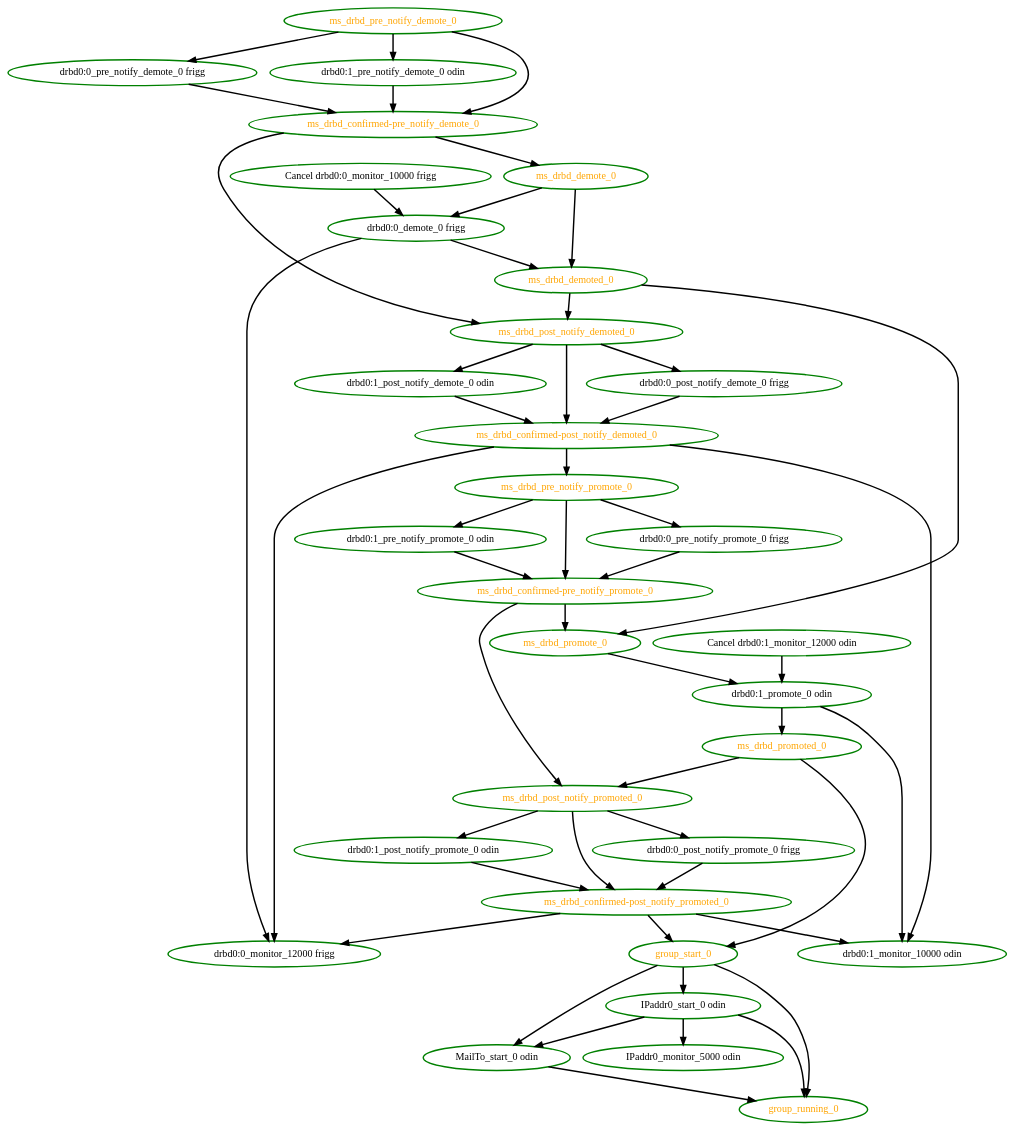
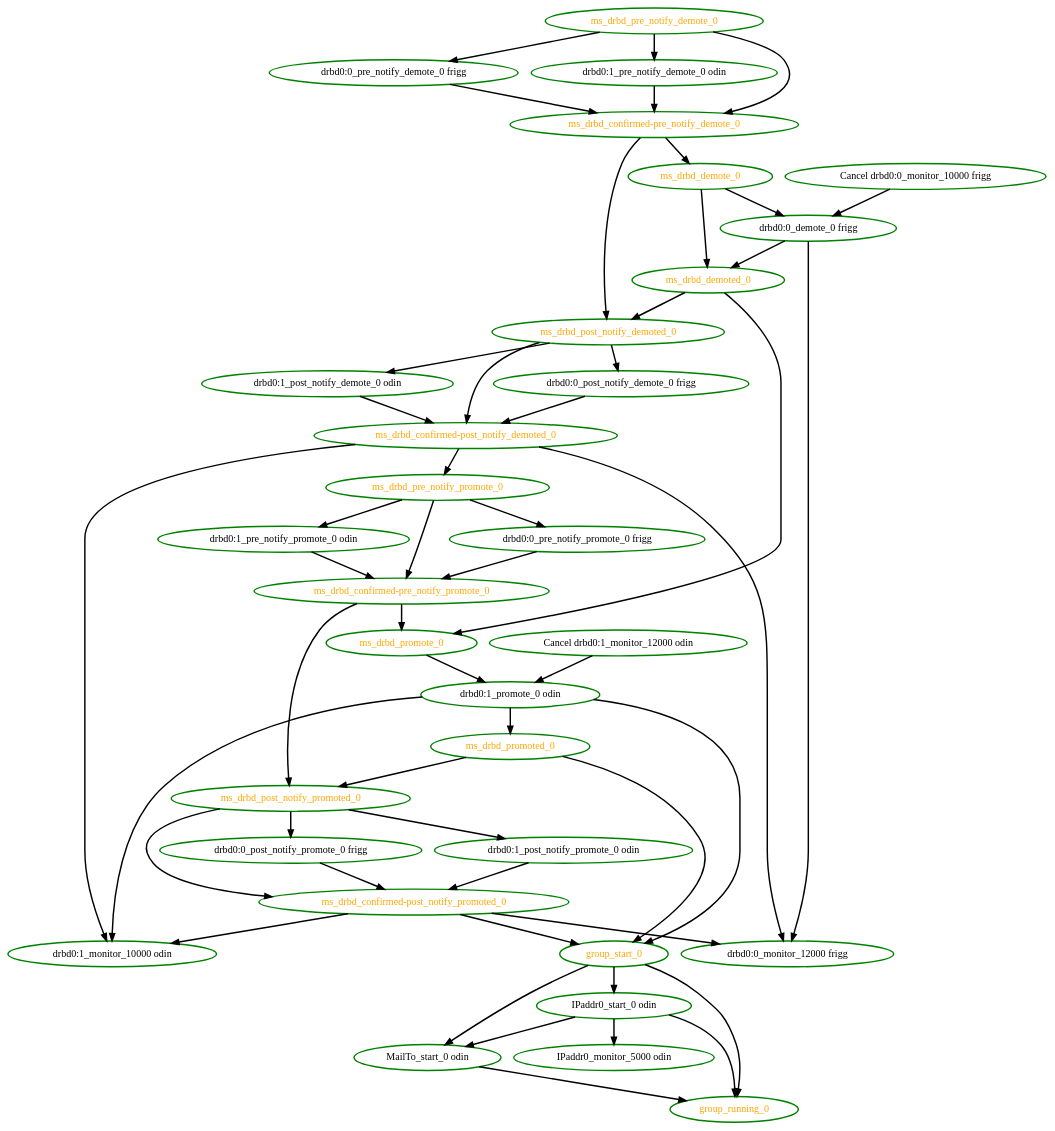
The diagram in pengine/test10/master-13.dot (linux-ha-japan/pm_diskd), drawn with Graphviz before and after one commit. The commit also changed 13 other files, not shown here.

```diff
--- a/pengine/test10/master-13.dot
+++ b/pengine/test10/master-13.dot
@@ -1,83 +1,84 @@
 digraph "g" {
 "Cancel drbd0:0_monitor_10000 frigg" -> "drbd0:0_demote_0 frigg" [ style = bold]
 "Cancel drbd0:0_monitor_10000 frigg" [ style=bold color="green" fontcolor="black"  ]
 "Cancel drbd0:1_monitor_12000 odin" -> "drbd0:1_promote_0 odin" [ style = bold]
 "Cancel drbd0:1_monitor_12000 odin" [ style=bold color="green" fontcolor="black"  ]
 "IPaddr0_monitor_5000 odin" [ style=bold color="green" fontcolor="black"  ]
 "IPaddr0_start_0 odin" -> "IPaddr0_monitor_5000 odin" [ style = bold]
 "IPaddr0_start_0 odin" -> "MailTo_start_0 odin" [ style = bold]
 "IPaddr0_start_0 odin" -> "group_running_0" [ style = bold]
 "IPaddr0_start_0 odin" [ style=bold color="green" fontcolor="black"  ]
 "MailTo_start_0 odin" -> "group_running_0" [ style = bold]
 "MailTo_start_0 odin" [ style=bold color="green" fontcolor="black"  ]
 "drbd0:0_demote_0 frigg" -> "drbd0:0_monitor_12000 frigg" [ style = bold]
 "drbd0:0_demote_0 frigg" -> "ms_drbd_demoted_0" [ style = bold]
 "drbd0:0_demote_0 frigg" [ style=bold color="green" fontcolor="black"  ]
 "drbd0:0_monitor_12000 frigg" [ style=bold color="green" fontcolor="black"  ]
 "drbd0:0_post_notify_demote_0 frigg" -> "ms_drbd_confirmed-post_notify_demoted_0" [ style = bold]
 "drbd0:0_post_notify_demote_0 frigg" [ style=bold color="green" fontcolor="black"  ]
 "drbd0:0_post_notify_promote_0 frigg" -> "ms_drbd_confirmed-post_notify_promoted_0" [ style = bold]
 "drbd0:0_post_notify_promote_0 frigg" [ style=bold color="green" fontcolor="black"  ]
 "drbd0:0_pre_notify_demote_0 frigg" -> "ms_drbd_confirmed-pre_notify_demote_0" [ style = bold]
 "drbd0:0_pre_notify_demote_0 frigg" [ style=bold color="green" fontcolor="black"  ]
 "drbd0:0_pre_notify_promote_0 frigg" -> "ms_drbd_confirmed-pre_notify_promote_0" [ style = bold]
 "drbd0:0_pre_notify_promote_0 frigg" [ style=bold color="green" fontcolor="black"  ]
 "drbd0:1_monitor_10000 odin" [ style=bold color="green" fontcolor="black"  ]
 "drbd0:1_post_notify_demote_0 odin" -> "ms_drbd_confirmed-post_notify_demoted_0" [ style = bold]
 "drbd0:1_post_notify_demote_0 odin" [ style=bold color="green" fontcolor="black"  ]
 "drbd0:1_post_notify_promote_0 odin" -> "ms_drbd_confirmed-post_notify_promoted_0" [ style = bold]
 "drbd0:1_post_notify_promote_0 odin" [ style=bold color="green" fontcolor="black"  ]
 "drbd0:1_pre_notify_demote_0 odin" -> "ms_drbd_confirmed-pre_notify_demote_0" [ style = bold]
 "drbd0:1_pre_notify_demote_0 odin" [ style=bold color="green" fontcolor="black"  ]
 "drbd0:1_pre_notify_promote_0 odin" -> "ms_drbd_confirmed-pre_notify_promote_0" [ style = bold]
 "drbd0:1_pre_notify_promote_0 odin" [ style=bold color="green" fontcolor="black"  ]
 "drbd0:1_promote_0 odin" -> "drbd0:1_monitor_10000 odin" [ style = bold]
+"drbd0:1_promote_0 odin" -> "group_start_0" [ style = bold]
 "drbd0:1_promote_0 odin" -> "ms_drbd_promoted_0" [ style = bold]
 "drbd0:1_promote_0 odin" [ style=bold color="green" fontcolor="black"  ]
 "group_running_0" [ style=bold color="green" fontcolor="orange"  ]
 "group_start_0" -> "IPaddr0_start_0 odin" [ style = bold]
 "group_start_0" -> "MailTo_start_0 odin" [ style = bold]
 "group_start_0" -> "group_running_0" [ style = bold]
 "group_start_0" [ style=bold color="green" fontcolor="orange"  ]
 "ms_drbd_confirmed-post_notify_demoted_0" -> "drbd0:0_monitor_12000 frigg" [ style = bold]
 "ms_drbd_confirmed-post_notify_demoted_0" -> "drbd0:1_monitor_10000 odin" [ style = bold]
 "ms_drbd_confirmed-post_notify_demoted_0" -> "ms_drbd_pre_notify_promote_0" [ style = bold]
 "ms_drbd_confirmed-post_notify_demoted_0" [ style=bold color="green" fontcolor="orange"  ]
 "ms_drbd_confirmed-post_notify_promoted_0" -> "drbd0:0_monitor_12000 frigg" [ style = bold]
 "ms_drbd_confirmed-post_notify_promoted_0" -> "drbd0:1_monitor_10000 odin" [ style = bold]
 "ms_drbd_confirmed-post_notify_promoted_0" -> "group_start_0" [ style = bold]
 "ms_drbd_confirmed-post_notify_promoted_0" [ style=bold color="green" fontcolor="orange"  ]
 "ms_drbd_confirmed-pre_notify_demote_0" -> "ms_drbd_demote_0" [ style = bold]
 "ms_drbd_confirmed-pre_notify_demote_0" -> "ms_drbd_post_notify_demoted_0" [ style = bold]
 "ms_drbd_confirmed-pre_notify_demote_0" [ style=bold color="green" fontcolor="orange"  ]
 "ms_drbd_confirmed-pre_notify_promote_0" -> "ms_drbd_post_notify_promoted_0" [ style = bold]
 "ms_drbd_confirmed-pre_notify_promote_0" -> "ms_drbd_promote_0" [ style = bold]
 "ms_drbd_confirmed-pre_notify_promote_0" [ style=bold color="green" fontcolor="orange"  ]
 "ms_drbd_demote_0" -> "drbd0:0_demote_0 frigg" [ style = bold]
 "ms_drbd_demote_0" -> "ms_drbd_demoted_0" [ style = bold]
 "ms_drbd_demote_0" [ style=bold color="green" fontcolor="orange"  ]
 "ms_drbd_demoted_0" -> "ms_drbd_post_notify_demoted_0" [ style = bold]
 "ms_drbd_demoted_0" -> "ms_drbd_promote_0" [ style = bold]
 "ms_drbd_demoted_0" [ style=bold color="green" fontcolor="orange"  ]
 "ms_drbd_post_notify_demoted_0" -> "drbd0:0_post_notify_demote_0 frigg" [ style = bold]
 "ms_drbd_post_notify_demoted_0" -> "drbd0:1_post_notify_demote_0 odin" [ style = bold]
 "ms_drbd_post_notify_demoted_0" -> "ms_drbd_confirmed-post_notify_demoted_0" [ style = bold]
 "ms_drbd_post_notify_demoted_0" [ style=bold color="green" fontcolor="orange"  ]
 "ms_drbd_post_notify_promoted_0" -> "drbd0:0_post_notify_promote_0 frigg" [ style = bold]
 "ms_drbd_post_notify_promoted_0" -> "drbd0:1_post_notify_promote_0 odin" [ style = bold]
 "ms_drbd_post_notify_promoted_0" -> "ms_drbd_confirmed-post_notify_promoted_0" [ style = bold]
 "ms_drbd_post_notify_promoted_0" [ style=bold color="green" fontcolor="orange"  ]
 "ms_drbd_pre_notify_demote_0" -> "drbd0:0_pre_notify_demote_0 frigg" [ style = bold]
 "ms_drbd_pre_notify_demote_0" -> "drbd0:1_pre_notify_demote_0 odin" [ style = bold]
 "ms_drbd_pre_notify_demote_0" -> "ms_drbd_confirmed-pre_notify_demote_0" [ style = bold]
 "ms_drbd_pre_notify_demote_0" [ style=bold color="green" fontcolor="orange"  ]
 "ms_drbd_pre_notify_promote_0" -> "drbd0:0_pre_notify_promote_0 frigg" [ style = bold]
 "ms_drbd_pre_notify_promote_0" -> "drbd0:1_pre_notify_promote_0 odin" [ style = bold]
 "ms_drbd_pre_notify_promote_0" -> "ms_drbd_confirmed-pre_notify_promote_0" [ style = bold]
 "ms_drbd_pre_notify_promote_0" [ style=bold color="green" fontcolor="orange"  ]
 "ms_drbd_promote_0" -> "drbd0:1_promote_0 odin" [ style = bold]
 "ms_drbd_promote_0" [ style=bold color="green" fontcolor="orange"  ]
 "ms_drbd_promoted_0" -> "group_start_0" [ style = bold]
 "ms_drbd_promoted_0" -> "ms_drbd_post_notify_promoted_0" [ style = bold]
 "ms_drbd_promoted_0" [ style=bold color="green" fontcolor="orange"  ]
 }
```
